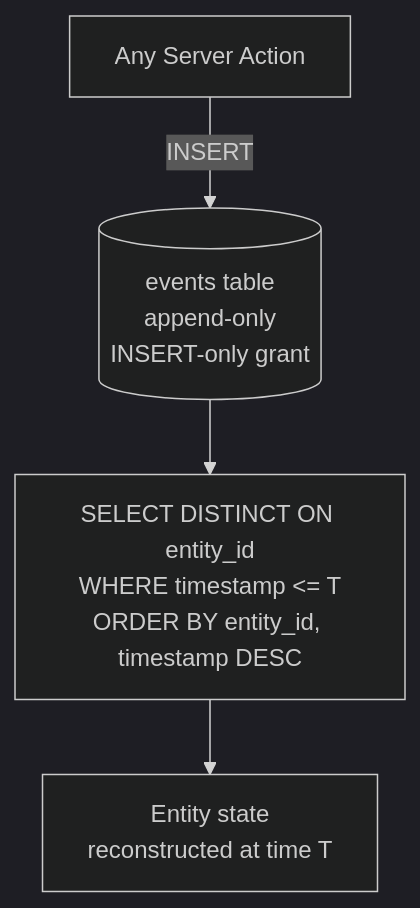
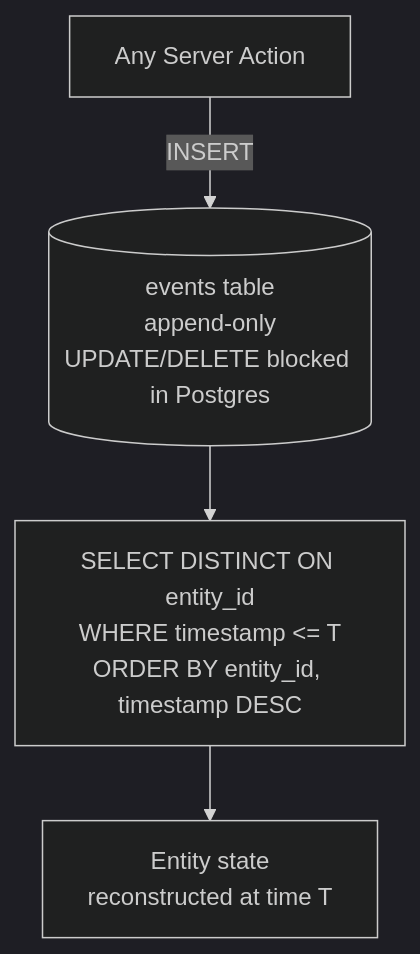
The fourth of 4 diagrams in README.md (Abdul-Muizz1310/bastion), drawn with Mermaid (dark theme) before and after one commit. The commit also changed other lines of this file and 52 other files, not shown here.

````diff
--- a/README.md
+++ b/README.md
@@ -107,6 +107,6 @@
 ```mermaid
 flowchart TD
-    Action[Any Server Action] -->|INSERT| Events[(events table<br/>append-only<br/>INSERT-only grant)]
+    Action[Any Server Action] -->|INSERT| Events[(events table<br/>append-only<br/>UPDATE/DELETE blocked in Postgres)]
     Events --> Query[SELECT DISTINCT ON entity_id<br/>WHERE timestamp <= T<br/>ORDER BY entity_id, timestamp DESC]
     Query --> Snapshot[Entity state<br/>reconstructed at time T]
 ```
````
